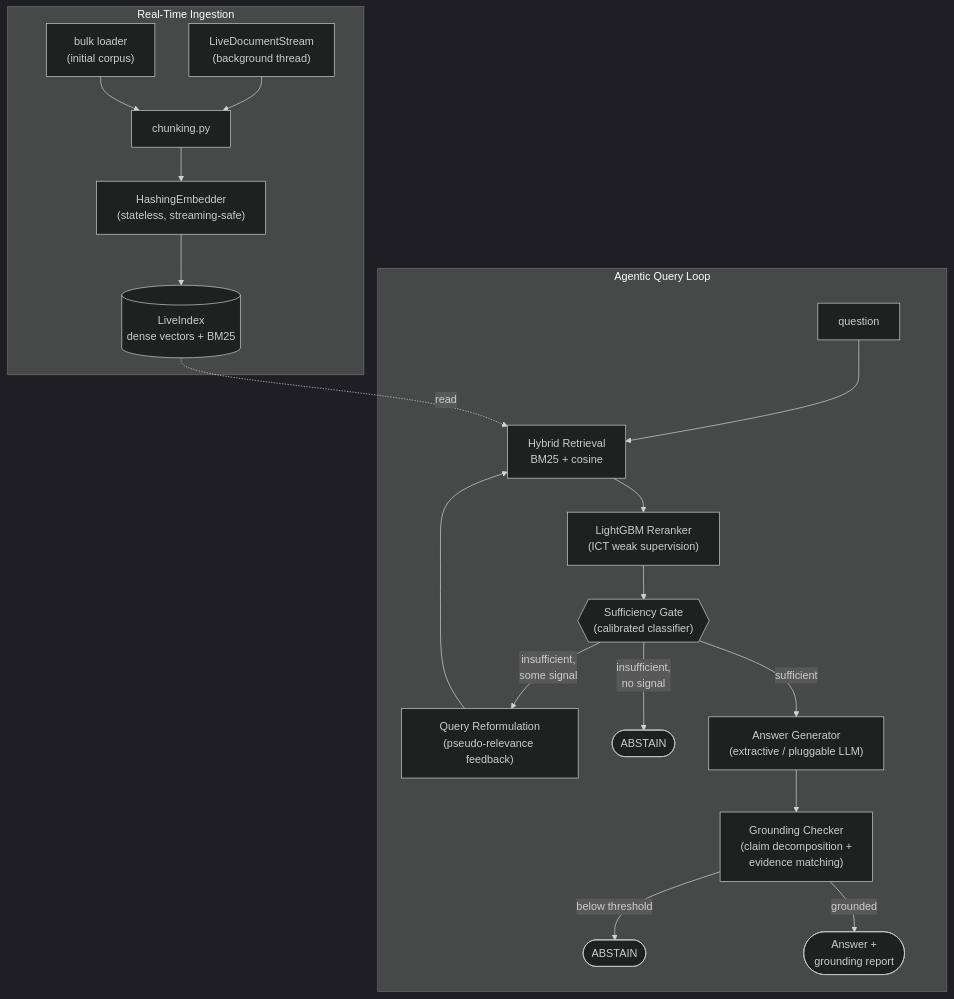
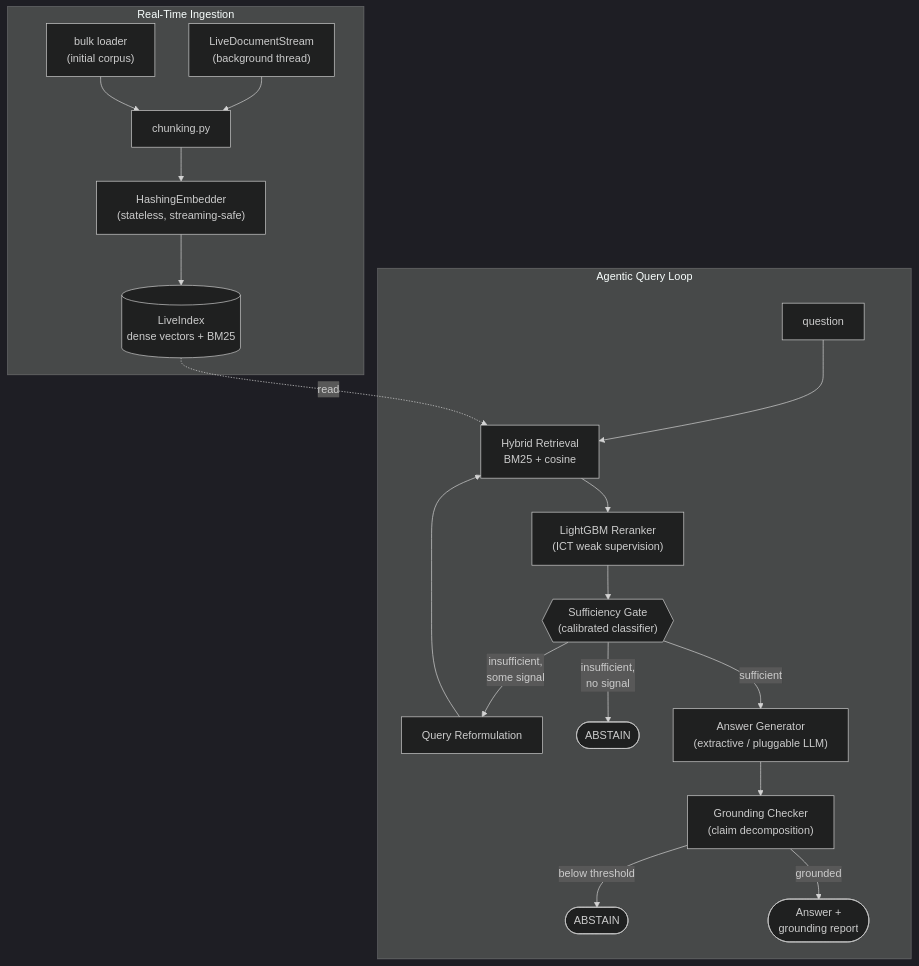
One commit to mugil0095/Verity-RAG changed the diagram in README.md. Above: the diagram before and after it, drawn with Mermaid (dark theme). The commit also changed other lines of this file and 8 other files, not shown here.

````diff
--- a/README.md
+++ b/README.md
@@ -31,23 +28,23 @@
 ```mermaid
 flowchart TB
     subgraph ingest["Real-Time Ingestion"]
         stream["LiveDocumentStream\n(background thread)"] --> chunk["chunking.py"]
         bulk["bulk loader\n(initial corpus)"] --> chunk
         chunk --> embed["HashingEmbedder\n(stateless, streaming-safe)"]
         embed --> index[("LiveIndex\ndense vectors + BM25")]
     end
 
     subgraph query["Agentic Query Loop"]
         q["question"] --> retrieve["Hybrid Retrieval\nBM25 + cosine"]
         index -.read.-> retrieve
         retrieve --> rerank["LightGBM Reranker\n(ICT weak supervision)"]
         rerank --> gate{{"Sufficiency Gate\n(calibrated classifier)"}}
-        gate -- "insufficient,\nsome signal" --> reformulate["Query Reformulation\n(pseudo-relevance feedback)"]
+        gate -- "insufficient,\nsome signal" --> reformulate["Query Reformulation"]
         reformulate --> retrieve
         gate -- "insufficient,\nno signal" --> abstain1(["ABSTAIN"])
         gate -- sufficient --> generate["Answer Generator\n(extractive / pluggable LLM)"]
-        generate --> ground["Grounding Checker\n(claim decomposition +\nevidence matching)"]
+        generate --> ground["Grounding Checker\n(claim decomposition)"]
         ground -- "below threshold" --> abstain2(["ABSTAIN"])
         ground -- grounded --> answer(["Answer +\ngrounding report"])
     end
 ```
````
